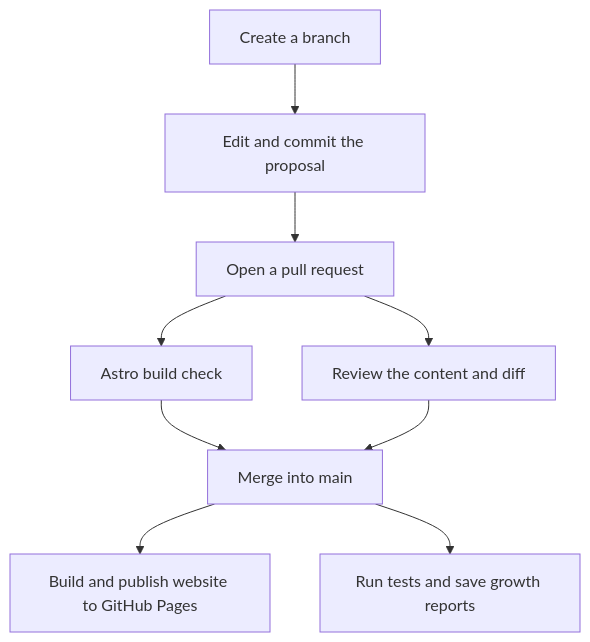
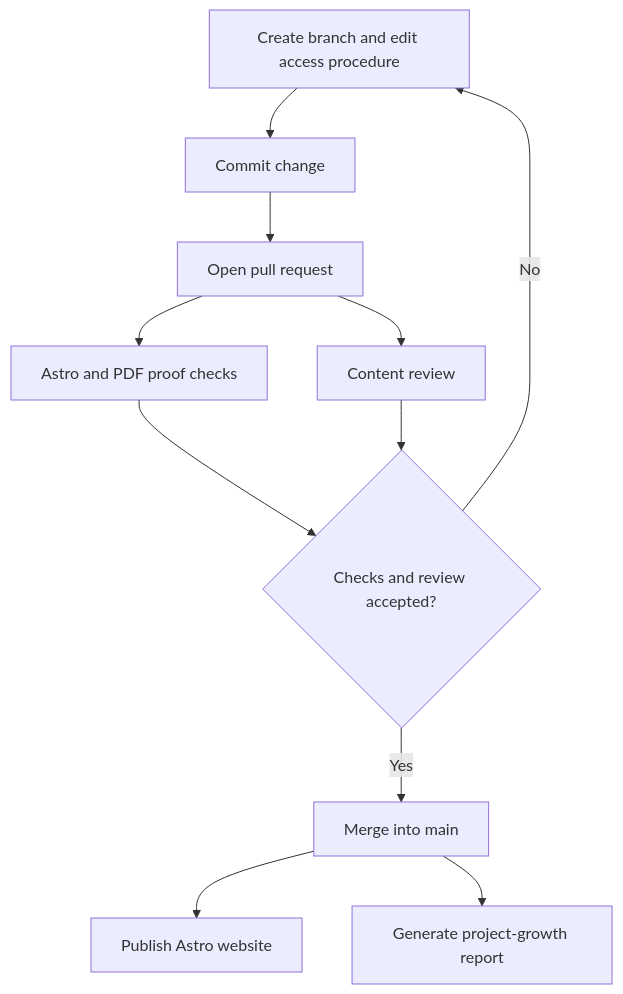
Before and after one commit to And-Gu/document-as-code-lab: the third of 3 diagrams in docs/02-github-workspace.md, drawn with Mermaid. The commit also changed other lines of this file and 25 other files, not shown here.

Commit message:
Add Project Control Center and revise GitHub workspace chapter

````diff
--- a/docs/02-github-workspace.md
+++ b/docs/02-github-workspace.md
@@ -82,16 +123,13 @@
 ```mermaid
 flowchart TD
-    branch["Create a branch"]
-    edit["Edit and commit the proposal"]
-    pr["Open a pull request"]
-    check["Astro build check"]
-    review["Review the content and diff"]
-    merge["Merge into main"]
-    website["Build and publish website to GitHub Pages"]
-    growth["Run tests and save growth reports"]
-    branch --> edit --> pr
-    pr --> check --> merge
-    pr --> review --> merge
-    merge --> website
-    merge --> growth
+    A[Create branch and edit access procedure] --> B[Commit change]
+    B --> C[Open pull request]
+    C --> D[Astro and PDF proof checks]
+    C --> E[Content review]
+    D --> F{Checks and review accepted?}
+    E --> F
+    F -->|Yes| G[Merge into main]
+    F -->|No| A
+    G --> H[Publish Astro website]
+    G --> I[Generate project-growth report]
 ```
````
